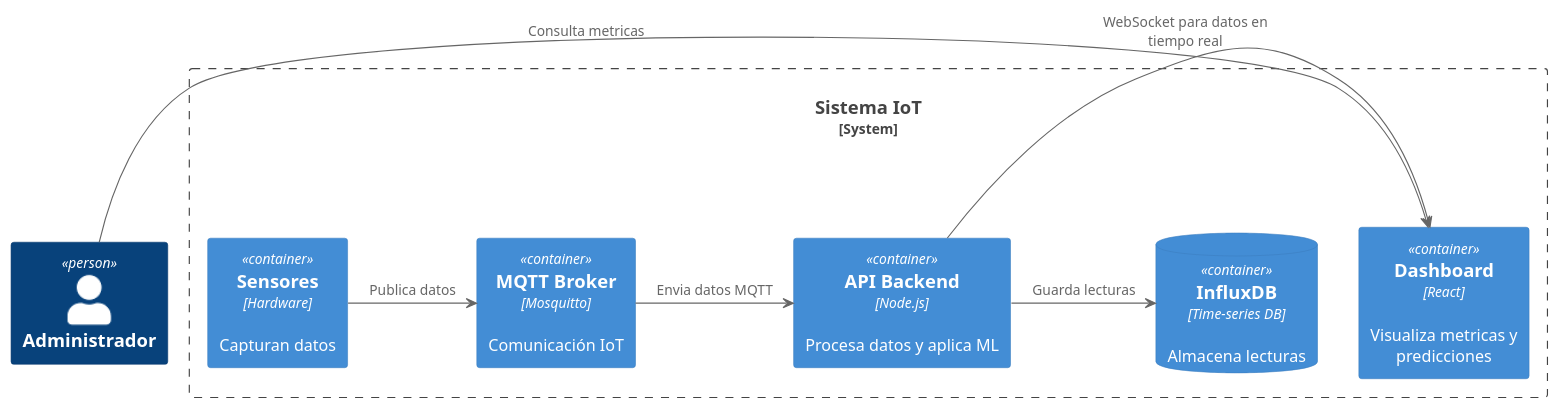
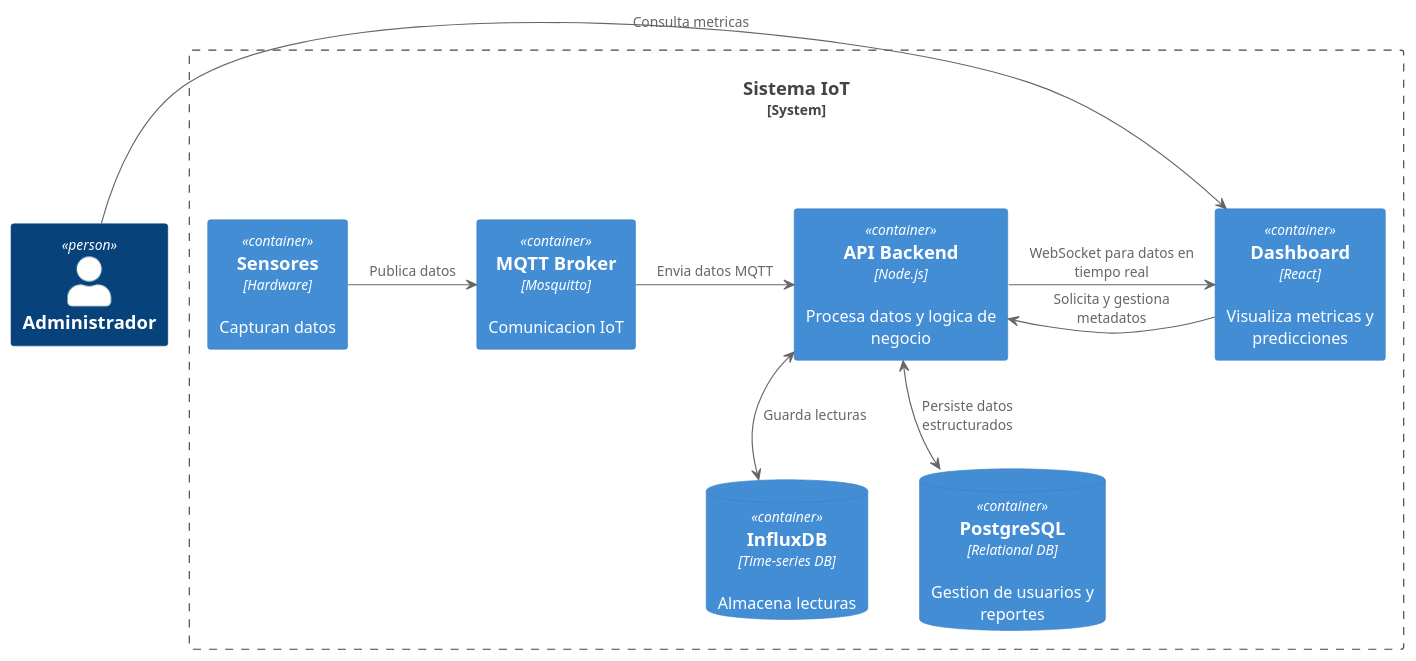
Before and after one commit to SProtector04/sensor-dashboard: the diagram in docs/diagrams/code/architecture.puml, drawn with PlantUML. The commit also changed 7 other files, not shown here.

```diff
--- a/docs/diagrams/code/architecture.puml
+++ b/docs/diagrams/code/architecture.puml
@@ -1,16 +1,29 @@
 @startuml Architecture
 !include https://raw.githubusercontent.com/plantuml-stdlib/C4-PlantUML/master/C4_Container.puml
+
 Person(admin, "Administrador")
+
 System_Boundary(sistema, "Sistema IoT") {
   Container(sensor, "Sensores", "Hardware", "Capturan datos")
-  Container(broker, "MQTT Broker", "Mosquitto", "Comunicación IoT")
-  Container(api, "API Backend", "Node.js", "Procesa datos y aplica ML")
-  ContainerDb(db, "InfluxDB", "Time-series DB", "Almacena lecturas")
+  Container(broker, "MQTT Broker", "Mosquitto", "Comunicacion IoT")
+  Container(api, "API Backend", "Node.js", "Procesa datos y logica de negocio")
   Container(ui, "Dashboard", "React", "Visualiza metricas y predicciones")
+
+  ' Bases de datos en la "fila de abajo"
+  ContainerDb(db1, "InfluxDB", "Time-series DB", "Almacena lecturas")
+  ContainerDb(db2, "PostgreSQL", "Relational DB", "Gestion de usuarios y reportes")
 }
+
 admin -> ui : Consulta metricas
 sensor -> broker : Publica datos
 broker -> api : Envia datos MQTT
-api -> db : Guarda lecturas
+api <-> db1 : Guarda lecturas
+api <-> db2 : Persiste datos estructurados
 api -> ui : WebSocket para datos en tiempo real
+ui -> api : Solicita y gestiona metadatos
+
+' Forzamos que las bases de datos vayan debajo
+Lay_Down(api, db1)
+Lay_Down(api, db2)
+
 @enduml
```
